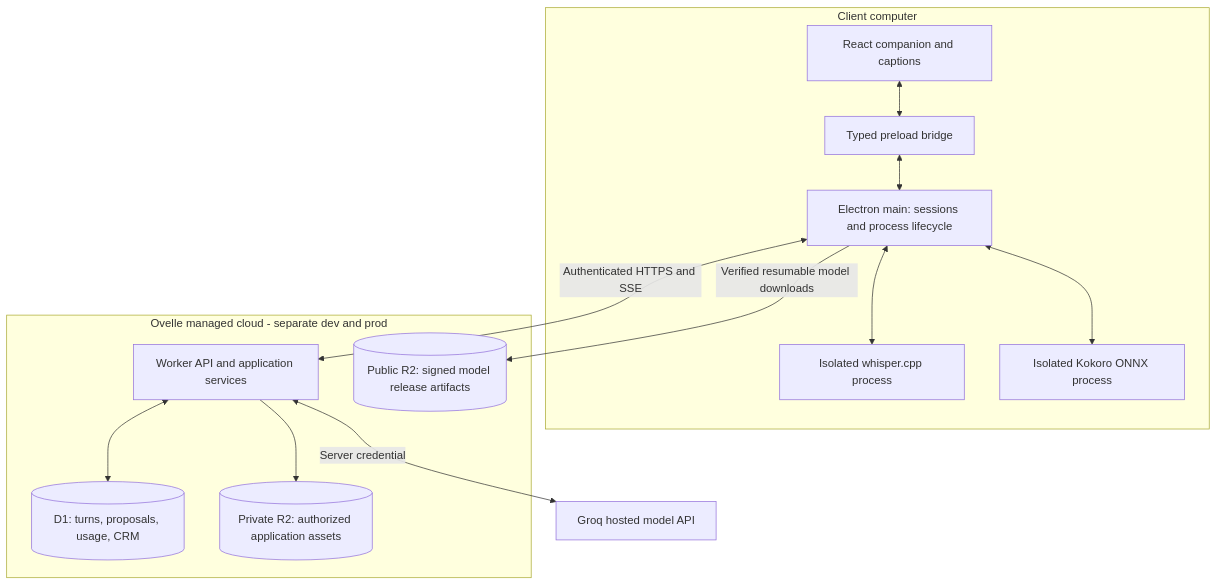
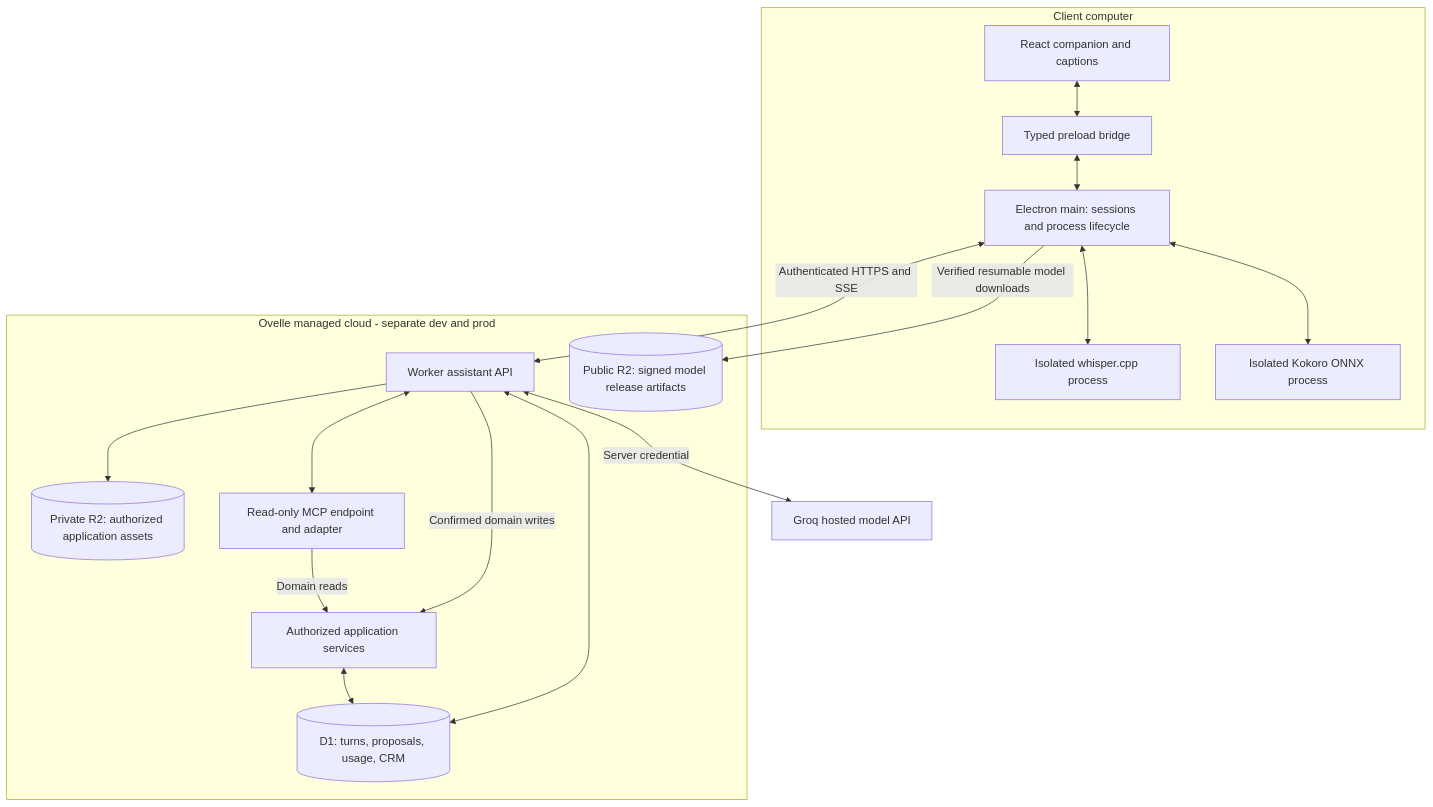
Before and after one commit to Atripix-Design/ovelle: the second of 4 diagrams in docs/architecture/desktop-assistant-design.md, drawn with Mermaid. The commit also changed other lines of this file, not shown here.

Commit message:
Document read-only MCP integration for desktop assistant

````diff
--- a/docs/architecture/desktop-assistant-design.md
+++ b/docs/architecture/desktop-assistant-design.md
@@ -119,25 +125,31 @@
 ```mermaid
 flowchart TB
     subgraph Device[Client computer]
         UI[React companion and captions]
         P[Typed preload bridge]
         E[Electron main: sessions and process lifecycle]
         STT[Isolated whisper.cpp process]
         TTS[Isolated Kokoro ONNX process]
         UI <--> P
         P <--> E
         E <--> STT
         E <--> TTS
     end
     subgraph Cloud[Ovelle managed cloud - separate dev and prod]
-        W[Worker API and application services]
+        W[Worker assistant API]
+        DS[Authorized application services]
         D1[(D1: turns, proposals, usage, CRM)]
         RP[(Private R2: authorized application assets)]
         RM[(Public R2: signed model release artifacts)]
+        MCP[Read-only MCP endpoint and adapter]
+        W <--> MCP
+        MCP -->|Domain reads| DS
+        W -->|Confirmed domain writes| DS
+        DS <--> D1
         W <--> D1
         W --> RP
     end
     E <-->|Authenticated HTTPS and SSE| W
     E -->|Verified resumable model downloads| RM
     W <-->|Server credential| AI[Groq hosted model API]
 ```
````
